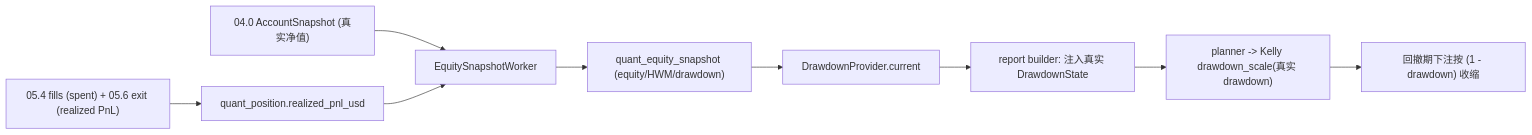
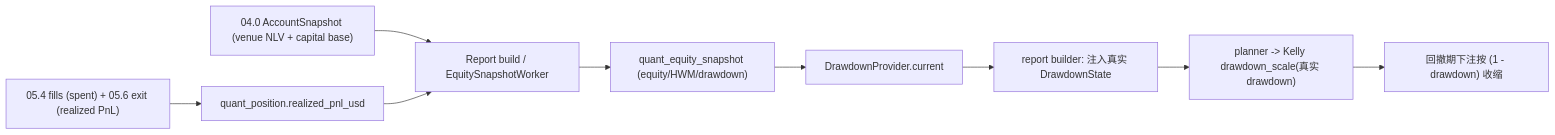
Before and after one commit to solomon-ssy/oxide-arb: the diagram in docs/plans/quant-pivot/phase-05/05.9-equity-history-and-drawdown-aware-sizing.md, drawn with Mermaid. The commit also changed other lines of this file and 85 other files, not shown here.

Commit message:
feat(core,models,repository,web,research)!: 📉 land Phase 5.9 equity history — drawdown-aware Kelly sizing, quant_equity_snapshot ledger, and equity read APIs

````diff
--- a/docs/plans/quant-pivot/phase-05/05.9-equity-history-and-drawdown-aware-sizing.md
+++ b/docs/plans/quant-pivot/phase-05/05.9-equity-history-and-drawdown-aware-sizing.md
@@ -133,11 +144,11 @@
 ```mermaid
 flowchart LR
     Fills["05.4 fills (spent) + 05.6 exit (realized PnL)"] --> Ledger["quant_position.realized_pnl_usd"]
-    Acct["04.0 AccountSnapshot (真实净值)"] --> Snap["EquitySnapshotWorker"]
+    Acct["04.0 AccountSnapshot (venue NLV + capital base)"] --> Snap["Report build / EquitySnapshotWorker"]
     Ledger --> Snap
     Snap --> Eq["quant_equity_snapshot (equity/HWM/drawdown)"]
     Eq --> Prov["DrawdownProvider.current"]
     Prov --> Build["report builder: 注入真实 DrawdownState"]
     Build --> Plan["planner -> Kelly drawdown_scale(真实 drawdown)"]
     Plan --> Size["回撤期下注按 (1 - drawdown) 收缩"]
 ```
````
